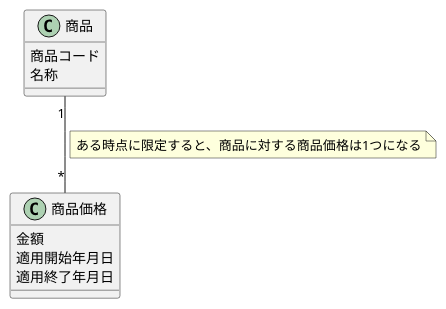
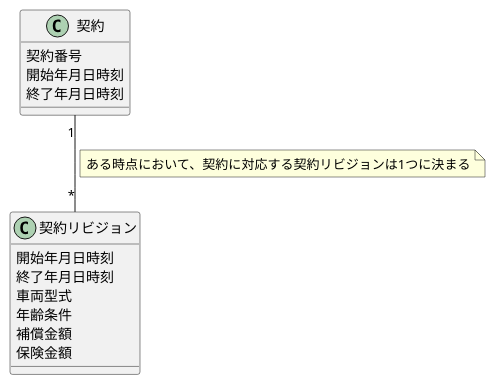
Before and after one commit to yinm/uml-modeling-lesson: the diagram in ch11/sample.puml, drawn with PlantUML.

Commit message:
Add lesson39

```diff
--- a/ch11/sample.puml
+++ b/ch11/sample.puml
@@ -1,17 +1,21 @@
 @startuml
 
-class 商品 {
-  商品コード
-  名称
+class 契約 {
+  契約番号
+  開始年月日時刻
+  終了年月日時刻
 }
 
-class 商品価格 {
-  金額
-  適用開始年月日
-  適用終了年月日
+class 契約リビジョン {
+  開始年月日時刻
+  終了年月日時刻
+  車両型式
+  年齢条件
+  補償金額
+  保険金額
 }
 
-商品 "1"--"*" 商品価格
-note on link : ある時点に限定すると、商品に対する商品価格は1つになる
+契約 "1"--"*" 契約リビジョン
+note on link : ある時点において、契約に対応する契約リビジョンは1つに決まる
 
 @enduml
```
